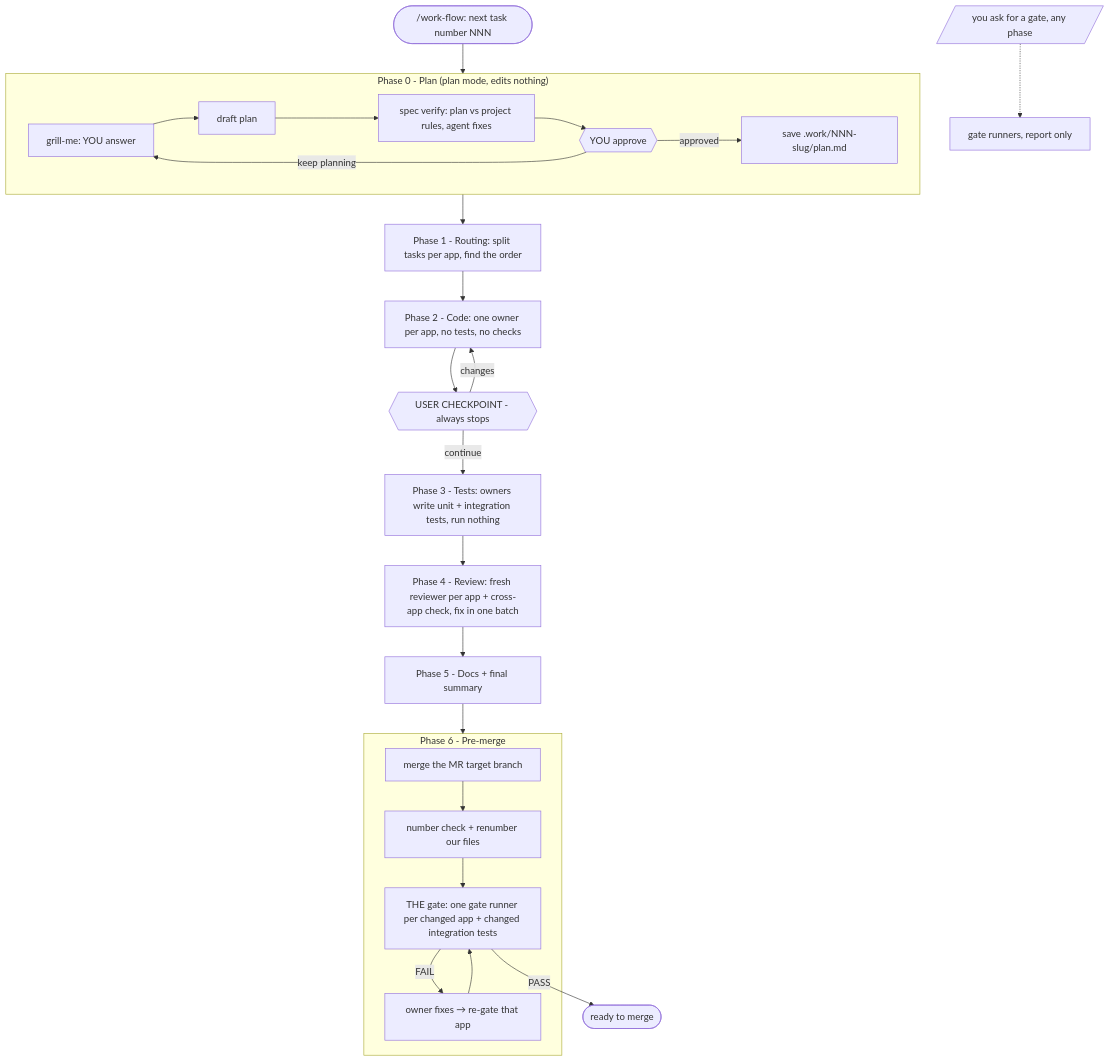
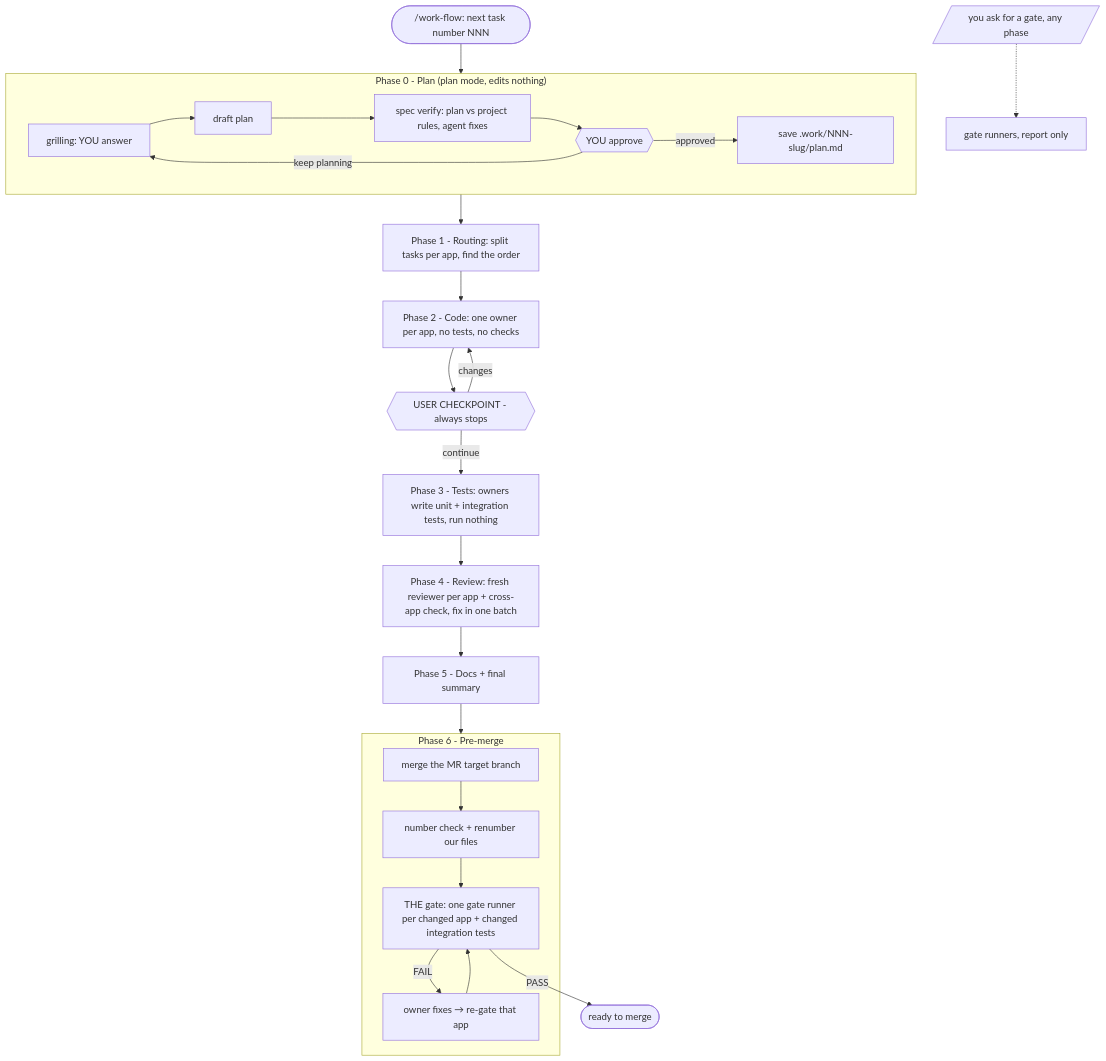
The diagram in plugins/naphatwx-tools/skills/work-flow/README.md (naphatwx/naphatwx-tools), drawn with Mermaid before and after one commit. The commit also changed other lines of this file and 7 other files, not shown here.

````diff
--- a/plugins/naphatwx-tools/skills/work-flow/README.md
+++ b/plugins/naphatwx-tools/skills/work-flow/README.md
@@ -22,30 +22,30 @@
 ```mermaid
 flowchart TD
     START([/work-flow: next task number NNN]) --> P0
     subgraph P0["Phase 0 - Plan (plan mode, edits nothing)"]
-        GR[grill-me: YOU answer] --> DR[draft plan]
+        GR[grilling: YOU answer] --> DR[draft plan]
         DR --> VER[spec verify: plan vs project rules, agent fixes]
         VER --> AP{{YOU approve}}
         AP -->|keep planning| GR
         AP -->|approved| SV[save .work/NNN-slug/plan.md]
     end
 
     P0 --> P1[Phase 1 - Routing: split tasks per app, find the order]
     P1 --> P2[Phase 2 - Code: one owner per app, no tests, no checks]
     P2 --> CP{{USER CHECKPOINT - always stops}}
     CP -->|changes| P2
     CP -->|continue| P3[Phase 3 - Tests: owners write unit + integration tests, run nothing]
     P3 --> P4[Phase 4 - Review: fresh reviewer per app + cross-app check, fix in one batch]
     P4 --> P5[Phase 5 - Docs + final summary]
     P5 --> P6
 
     subgraph P6["Phase 6 - Pre-merge"]
         M[merge the MR target branch] --> N[number check + renumber our files]
         N --> G[THE gate: one gate runner per changed app + changed integration tests]
         G -->|FAIL| F[owner fixes → re-gate that app]
         F --> G
     end
 
     G -->|PASS| DONE([ready to merge])
     ASK[/you ask for a gate, any phase/] -.-> ON[gate runners, report only]
 ```
````
